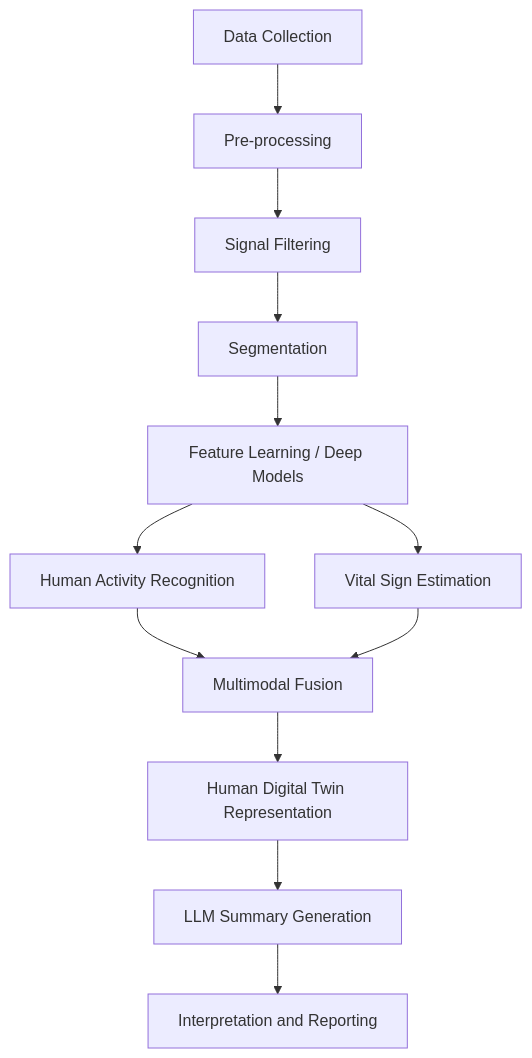
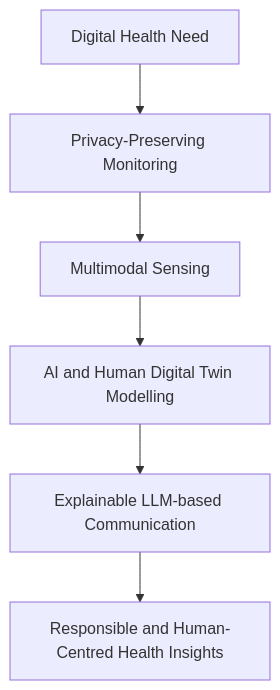
The third of 3 diagrams in README.md (Ubiweb-lab/HDT-Intelligence), drawn with Mermaid before and after one commit. The commit also changed other lines of this file, not shown here.

````diff
--- a/README.md
+++ b/README.md
@@ -96,14 +234,8 @@
 ```mermaid
 flowchart TD
-    A[Data Collection] --> B[Pre-processing]
-    B --> C[Signal Filtering]
-    C --> D[Segmentation]
-    D --> E[Feature Learning / Deep Models]
-    E --> F[Human Activity Recognition]
-    E --> G[Vital Sign Estimation]
-    F --> H[Multimodal Fusion]
-    G --> H
-    H --> I[Human Digital Twin Representation]
-    I --> J[LLM Summary Generation]
-    J --> K[Interpretation and Reporting]
+    A[Digital Health Need] --> B[Privacy-Preserving Monitoring]
+    B --> C[Multimodal Sensing]
+    C --> D[AI and Human Digital Twin Modelling]
+    D --> E[Explainable LLM-based Communication]
+    E --> F[Responsible and Human-Centred Health Insights]
 ```
````
